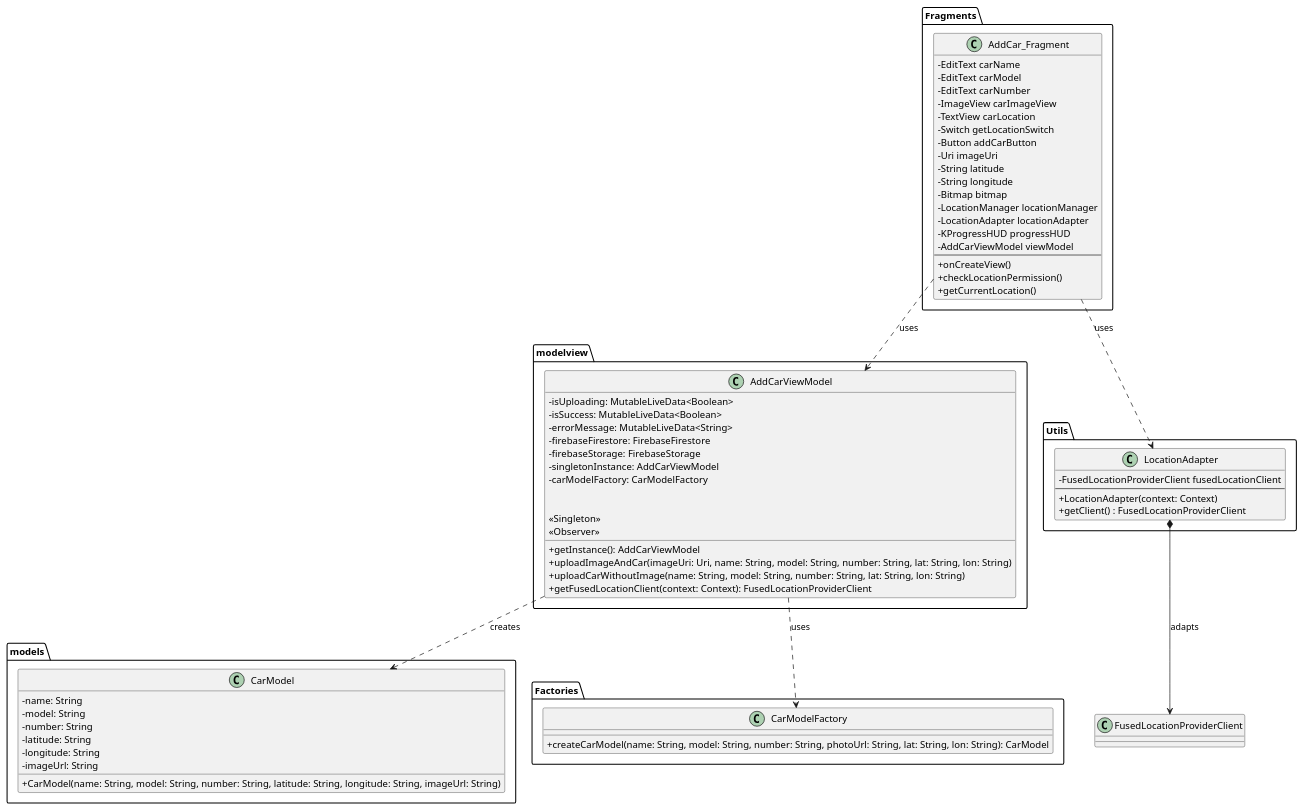
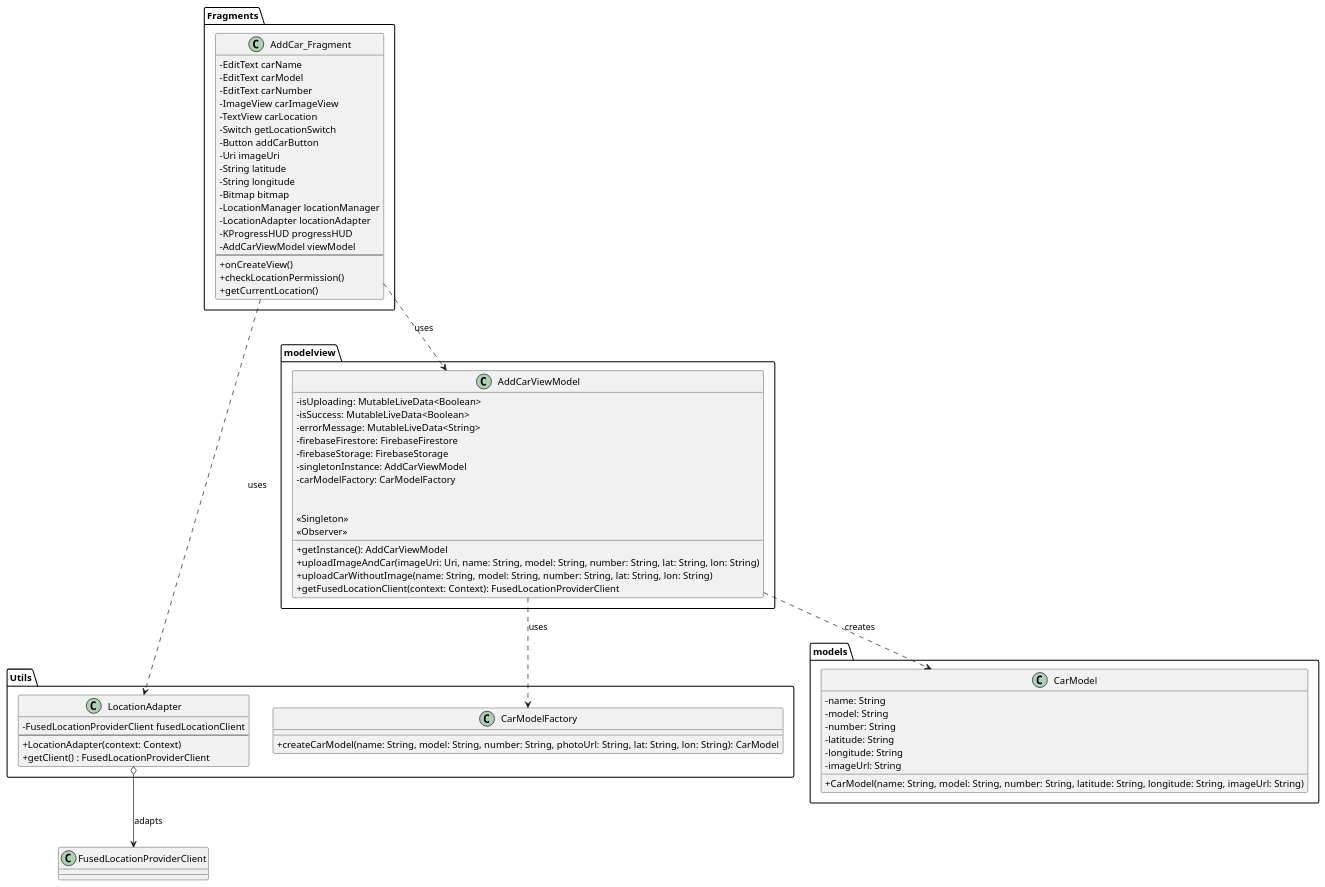
The diagram in app/src/main/java/com/example/vehicletracking/fragments/class.puml (seruyvodoley/vehicle_tracking), drawn with PlantUML before and after one commit. The commit also changed 16 other files, not shown here.

```diff
--- a/app/src/main/java/com/example/vehicletracking/fragments/class.puml
+++ b/app/src/main/java/com/example/vehicletracking/fragments/class.puml
@@ -1,86 +1,86 @@
 @startuml
 skinparam classAttributeIconSize 0
 
 ' ------------------ CarModel ---------------------
 package models{
     class CarModel {
       - name: String
       - model: String
       - number: String
       - latitude: String
       - longitude: String
       - imageUrl: String
       + CarModel(name: String, model: String, number: String, latitude: String, longitude: String, imageUrl: String)
     }
 }
 
 ' ------------------ CarModelFactory ---------------------
-package "Factories" {
+package "Utils" {
     class CarModelFactory {
       + createCarModel(name: String, model: String, number: String, photoUrl: String, lat: String, lon: String): CarModel
     }
 }
 
 ' ------------------ AddCarViewModel ---------------------
 package modelview{
     class AddCarViewModel {
       - isUploading: MutableLiveData<Boolean>
       - isSuccess: MutableLiveData<Boolean>
       - errorMessage: MutableLiveData<String>
       - firebaseFirestore: FirebaseFirestore
       - firebaseStorage: FirebaseStorage
       - singletonInstance: AddCarViewModel
       - carModelFactory: CarModelFactory
 
       + getInstance(): AddCarViewModel
       + uploadImageAndCar(imageUri: Uri, name: String, model: String, number: String, lat: String, lon: String)
       + uploadCarWithoutImage(name: String, model: String, number: String, lat: String, lon: String)
       + getFusedLocationClient(context: Context): FusedLocationProviderClient
 
       <<Singleton>>
       <<Observer>>
     }
 }
 
 ' ------------------ AddCar_Fragment ---------------------
 package "Fragments" {
     class AddCar_Fragment {
         - EditText carName
         - EditText carModel
         - EditText carNumber
         - ImageView carImageView
         - TextView carLocation
         - Switch getLocationSwitch
         - Button addCarButton
         - Uri imageUri
         - String latitude
         - String longitude
         - Bitmap bitmap
         - LocationManager locationManager
         - LocationAdapter locationAdapter
         - KProgressHUD progressHUD
         - AddCarViewModel viewModel
         --
         + onCreateView()
         + checkLocationPermission()
         + getCurrentLocation()
     }
 }
 
 ' ------------------ LocationAdapter ---------------------
 package "Utils" {
     class LocationAdapter {
         - FusedLocationProviderClient fusedLocationClient
         --
         + LocationAdapter(context: Context)
         + getClient() : FusedLocationProviderClient
     }
 }
 
 AddCar_Fragment ..> AddCarViewModel : uses
 AddCarViewModel ..> CarModel : creates
 AddCarViewModel ..> CarModelFactory : uses
 AddCar_Fragment ..> LocationAdapter : uses
-LocationAdapter *--> FusedLocationProviderClient : adapts
+LocationAdapter o--> FusedLocationProviderClient : adapts
 
 @enduml
```
